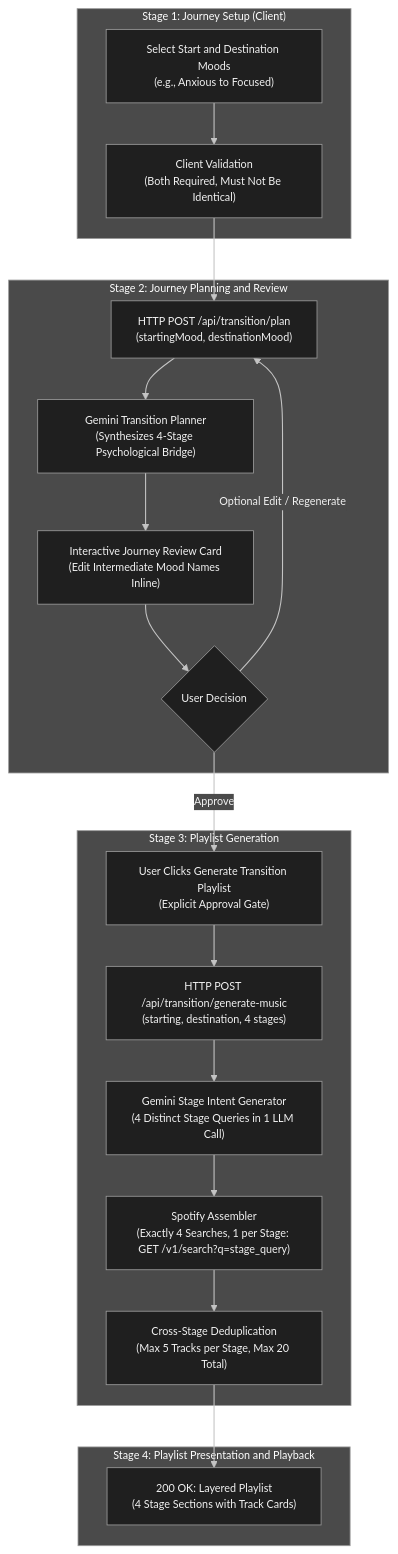
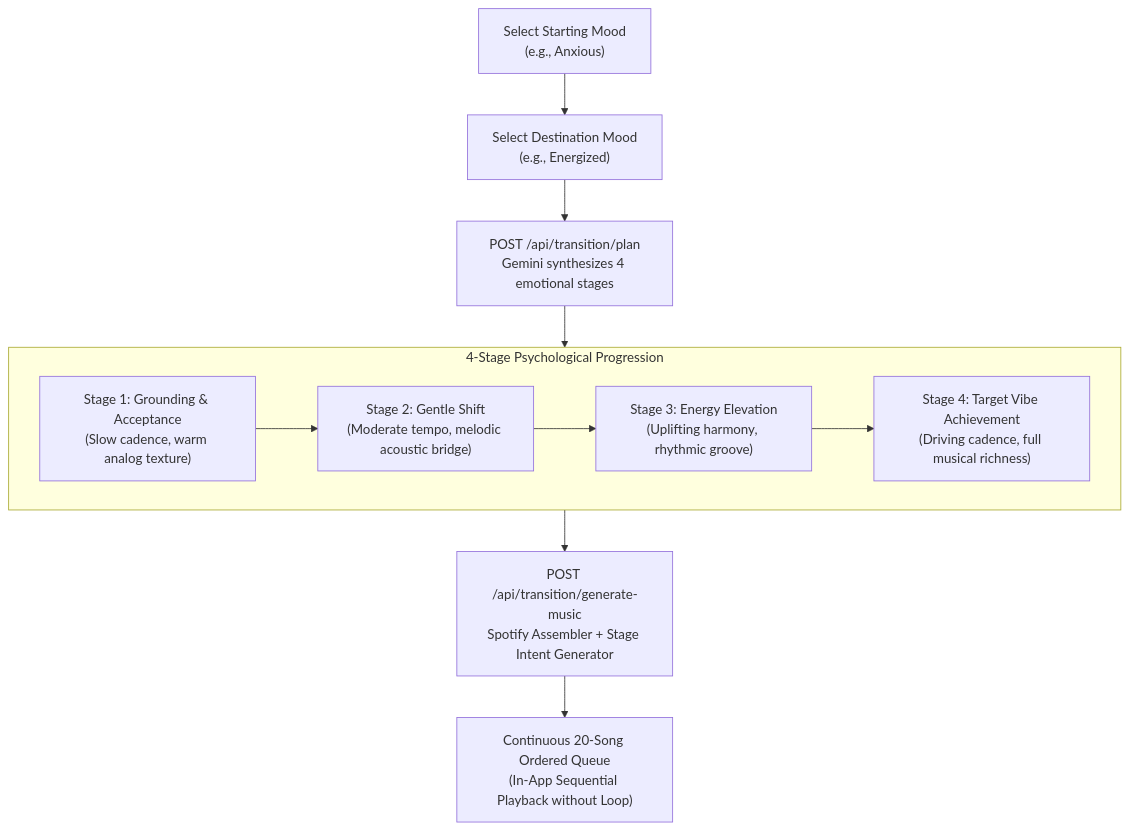
The fourth of 4 diagrams in README.md (Ashutosh563/EchoRa), drawn with Mermaid before and after one commit. The commit also changed other lines of this file, not shown here.

Commit message:
docs: overhaul README with modern system architecture, stream sequence diagrams, and performance specs

````diff
--- a/README.md
+++ b/README.md
@@ -201,43 +166,17 @@
 ```mermaid
-%%{init: {'theme':'base','themeVariables':{'lineColor':'#c4c4c4','primaryTextColor':'#f2f2f2','edgeLabelBackground':'#4a4a4a','fontSize':'13px'}}}%%
 flowchart TD
- subgraph SB1["Stage 1: Journey Setup (Client)"]
-  T1["Select Start and Destination Moods<br/>(e.g., Anxious to Focused)"]
-  T2["Client Validation<br/>(Both Required, Must Not Be Identical)"]
-  T1 --> T2
- end
- subgraph SB2["Stage 2: Journey Planning and Review"]
-  P1["HTTP POST /api/transition/plan<br/>(startingMood, destinationMood)"]
-  P2["Gemini Transition Planner<br/>(Synthesizes 4-Stage Psychological Bridge)"]
-  P3["Interactive Journey Review Card<br/>(Edit Intermediate Mood Names Inline)"]
-  P4{"User Decision"}
-  P1 --> P2
-  P2 --> P3
-  P3 --> P4
-  P4 -->|Optional Edit / Regenerate| P1
- end
- subgraph SB3["Stage 3: Playlist Generation"]
-  G1["User Clicks Generate Transition Playlist<br/>(Explicit Approval Gate)"]
-  G2["HTTP POST /api/transition/generate-music<br/>(starting, destination, 4 stages)"]
-  G3["Gemini Stage Intent Generator<br/>(4 Distinct Stage Queries in 1 LLM Call)"]
-  G4["Spotify Assembler<br/>(Exactly 4 Searches, 1 per Stage: GET /v1/search?q=stage_query)"]
-  G5["Cross-Stage Deduplication<br/>(Max 5 Tracks per Stage, Max 20 Total)"]
-  G1 --> G2
-  G2 --> G3
-  G3 --> G4
-  G4 --> G5
- end
- subgraph SB4["Stage 4: Playlist Presentation and Playback"]
-  H1["200 OK: Layered Playlist<br/>(4 Stage Sections with Track Cards)"]
- end
- T2 --> P1
- P4 -->|Approve| G1
- G5 --> H1
- classDef n fill:#1f1f1f,stroke:#9a9a9a,color:#f2f2f2,stroke-width:1px
- class T1,T2,P1,P2,P3,P4,G1,G2,G3,G4,G5,H1 n
- style SB1 fill:#4a4a4a,stroke:#9a9a9a,color:#ffffff
- style SB2 fill:#4a4a4a,stroke:#9a9a9a,color:#ffffff
- style SB3 fill:#4a4a4a,stroke:#9a9a9a,color:#ffffff
- style SB4 fill:#4a4a4a,stroke:#9a9a9a,color:#ffffff
- linkStyle default stroke:#c4c4c4,stroke-width:1.3px
+  START["Select Starting Mood<br/>(e.g., Anxious)"] --> DEST["Select Destination Mood<br/>(e.g., Energized)"]
+  DEST --> PLAN["POST /api/transition/plan<br/>Gemini synthesizes 4 emotional stages"]
+  
+  subgraph STAGES["4-Stage Psychological Progression"]
+    S1["Stage 1: Grounding & Acceptance<br/>(Slow cadence, warm analog texture)"]
+    S2["Stage 2: Gentle Shift<br/>(Moderate tempo, melodic acoustic bridge)"]
+    S3["Stage 3: Energy Elevation<br/>(Uplifting harmony, rhythmic groove)"]
+    S4["Stage 4: Target Vibe Achievement<br/>(Driving cadence, full musical richness)"]
+    S1 --> S2 --> S3 --> S4
+  end
+
+  PLAN --> STAGES
+  STAGES --> ASSEMBLE["POST /api/transition/generate-music<br/>Spotify Assembler + Stage Intent Generator"]
+  ASSEMBLE --> QUEUE["Continuous 20-Song Ordered Queue<br/>(In-App Sequential Playback without Loop)"]
 ```
````
